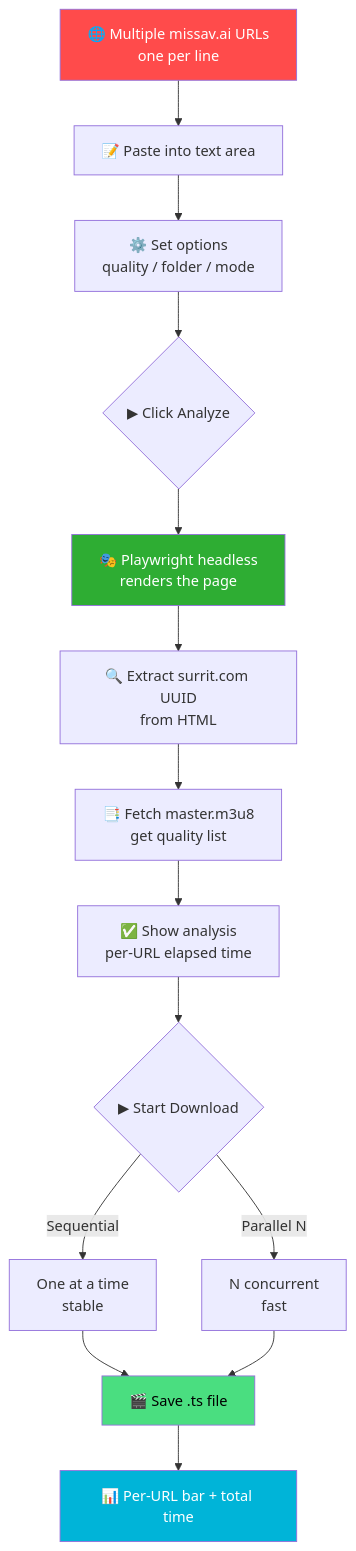
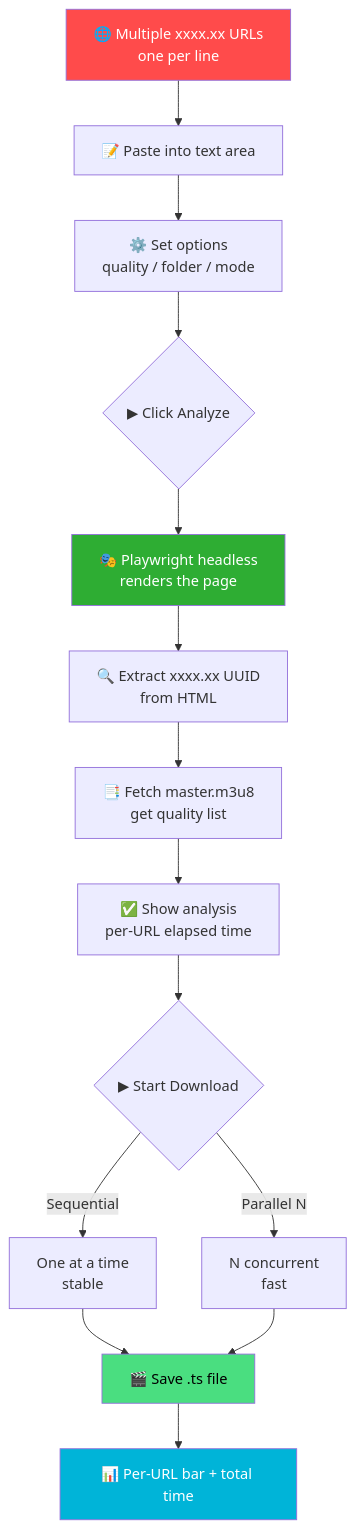
One commit to izowooi/creative-plate changed the first of 4 diagrams in crawl-video/README_EN.md. Above: the diagram before and after it, drawn with Mermaid. The commit also changed other lines of this file and 1 other file, not shown here.

````diff
--- a/crawl-video/README_EN.md
+++ b/crawl-video/README_EN.md
@@ -62,21 +62,21 @@
 ```mermaid
 graph TD
-    A[🌐 Multiple missav.ai URLs<br/>one per line] --> B[📝 Paste into text area]
+    A[🌐 Multiple xxxx.xx URLs<br/>one per line] --> B[📝 Paste into text area]
     B --> C[⚙️ Set options<br/>quality / folder / mode]
     C --> D{▶ Click Analyze}
     D --> E[🎭 Playwright headless<br/>renders the page]
-    E --> F[🔍 Extract surrit.com UUID<br/>from HTML]
+    E --> F[🔍 Extract xxxx.xx UUID<br/>from HTML]
     F --> G[📑 Fetch master.m3u8<br/>get quality list]
     G --> H[✅ Show analysis<br/>per-URL elapsed time]
     H --> I{▶ Start Download}
     I -->|Sequential| J[One at a time<br/>stable]
     I -->|Parallel N| K[N concurrent<br/>fast]
     J --> L[🎬 Save .ts file]
     K --> L
     L --> M[📊 Per-URL bar + total time]
 
     style A fill:#ff4b4b,color:#fff
     style E fill:#2ead33,color:#fff
     style L fill:#4ade80,color:#000
     style M fill:#00b4d8,color:#fff
 ```
````
